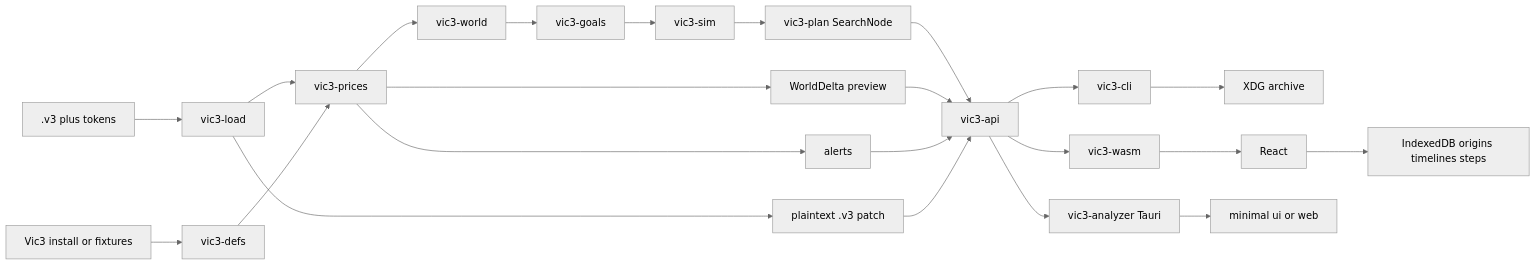
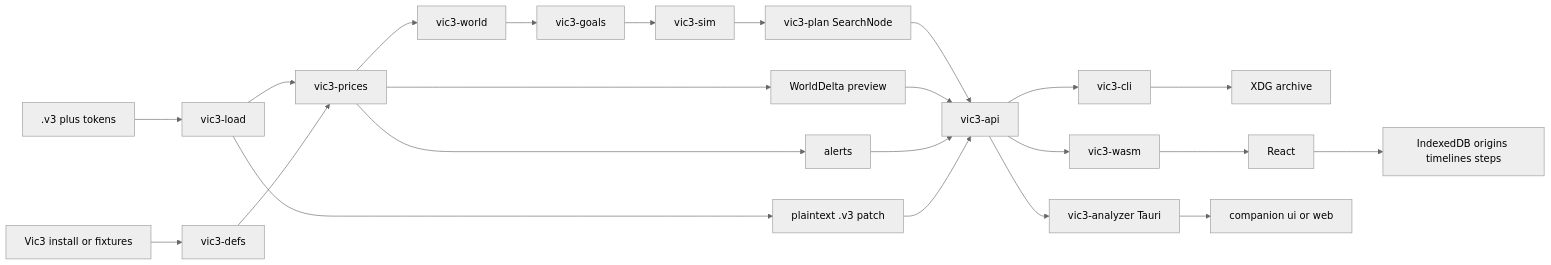
Before and after one commit to jmalicki/vic3-analyzer: the diagram in docs/architecture.md, drawn with Mermaid (neutral theme). The commit also changed other lines of this file and 12 other files, not shown here.

````diff
--- a/docs/architecture.md
+++ b/docs/architecture.md
@@ -36,25 +36,25 @@
 ```mermaid
 flowchart LR
   save[".v3 plus tokens"] --> load[vic3-load]
   game[Vic3 install or fixtures] --> defs[vic3-defs]
   load --> prices[vic3-prices]
   defs --> prices
   prices --> alerts[alerts]
   prices --> preview[WorldDelta preview]
   prices --> world[vic3-world]
   world --> goals[vic3-goals]
   goals --> sim[vic3-sim]
   sim --> plan[vic3-plan SearchNode]
   plan --> api[vic3-api]
   preview --> api
   alerts --> api
   load --> export[plaintext .v3 patch]
   export --> api
   api --> cli[vic3-cli]
   api --> wasm[vic3-wasm]
   api --> desktop[vic3-analyzer Tauri]
   cli --> xdg[XDG archive]
   wasm --> ui[React]
-  desktop --> uiShell[minimal ui or web]
+  desktop --> uiShell[companion ui or web]
   ui --> idb[IndexedDB origins timelines steps]
 ```
````
